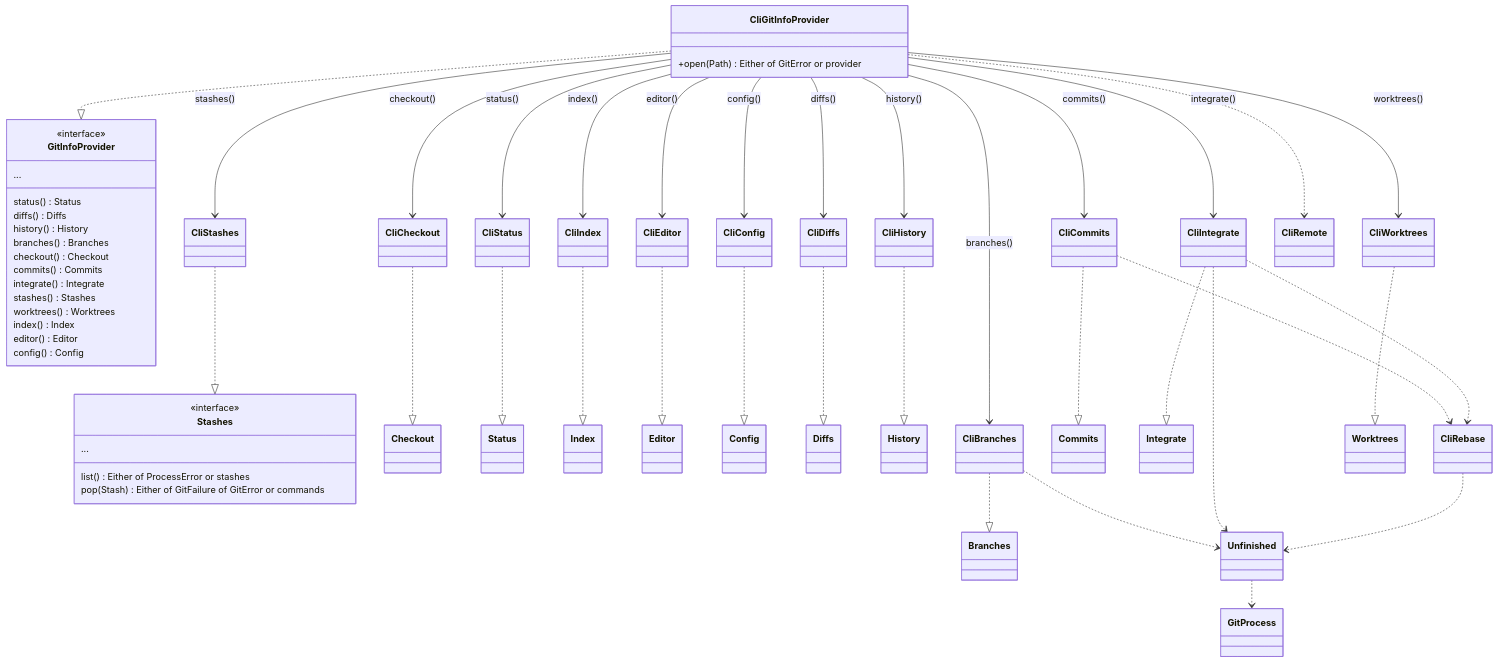
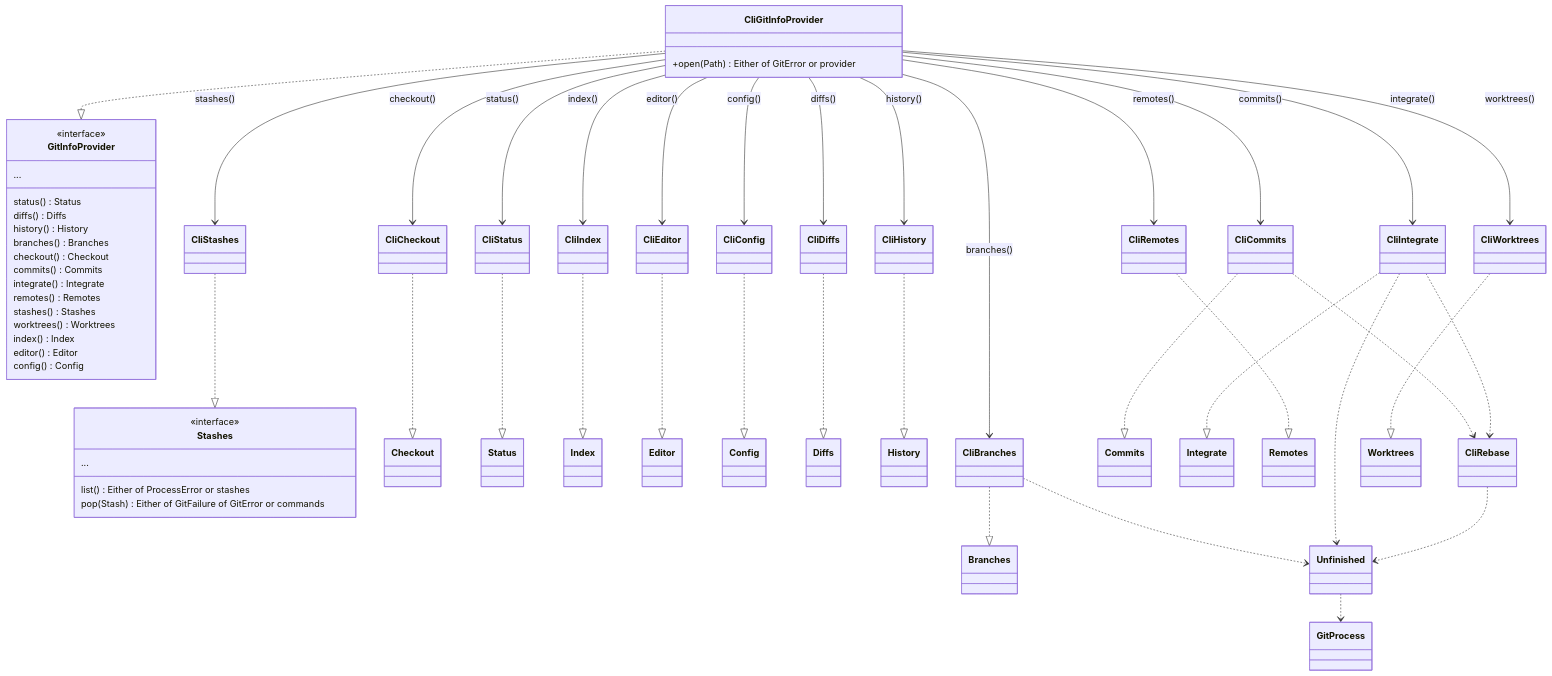
Before and after one commit to cvanfleteren/jazygit: the fourth of 7 diagrams in ARCHITECTURE.md, drawn with Mermaid. The commit also changed other lines of this file and 33 other files, not shown here.

First line of the commit message:
The remotes are a role of their own: Remotes, CliRemotes, StubRemotes (#294, 1a, 12/13)

````diff
--- a/ARCHITECTURE.md
+++ b/ARCHITECTURE.md
@@ -832,60 +832,62 @@
 ```mermaid
 classDiagram
     class GitInfoProvider {
         <<interface>>
         status() Status
         diffs() Diffs
         history() History
         branches() Branches
         checkout() Checkout
         commits() Commits
         integrate() Integrate
+        remotes() Remotes
         stashes() Stashes
         worktrees() Worktrees
         index() Index
         editor() Editor
         config() Config
         ...
     }
     class CliGitInfoProvider {
         +open(Path) Either of GitError or provider
     }
     class Stashes {
         <<interface>>
         list() Either of ProcessError or stashes
         pop(Stash) Either of GitFailure of GitError or commands
         ...
     }
     CliGitInfoProvider ..|> GitInfoProvider
     CliStashes ..|> Stashes
     CliCheckout ..|> Checkout
     CliStatus ..|> Status
     CliIndex ..|> Index
     CliEditor ..|> Editor
     CliConfig ..|> Config
     CliDiffs ..|> Diffs
     CliHistory ..|> History
     CliBranches ..|> Branches
     CliCommits ..|> Commits
     CliIntegrate ..|> Integrate
+    CliRemotes ..|> Remotes
     CliIntegrate ..> CliRebase
     CliGitInfoProvider --> CliCommits : commits()
     CliCommits ..> CliRebase
     CliGitInfoProvider --> CliEditor : editor()
     CliGitInfoProvider --> CliConfig : config()
     CliWorktrees ..|> Worktrees
     CliGitInfoProvider --> CliWorktrees : worktrees()
     CliGitInfoProvider --> CliStatus : status()
     CliGitInfoProvider --> CliBranches : branches()
     CliGitInfoProvider --> CliHistory : history()
     CliGitInfoProvider --> CliDiffs : diffs()
     CliGitInfoProvider --> CliCheckout : checkout()
     CliGitInfoProvider --> CliIndex : index()
     CliGitInfoProvider --> CliIntegrate : integrate()
     CliGitInfoProvider --> CliStashes : stashes()
-    CliGitInfoProvider ..> CliRemote
+    CliGitInfoProvider --> CliRemotes : remotes()
     CliRebase ..> Unfinished
     CliIntegrate ..> Unfinished
     CliBranches ..> Unfinished
     Unfinished ..> GitProcess
 ```
````
